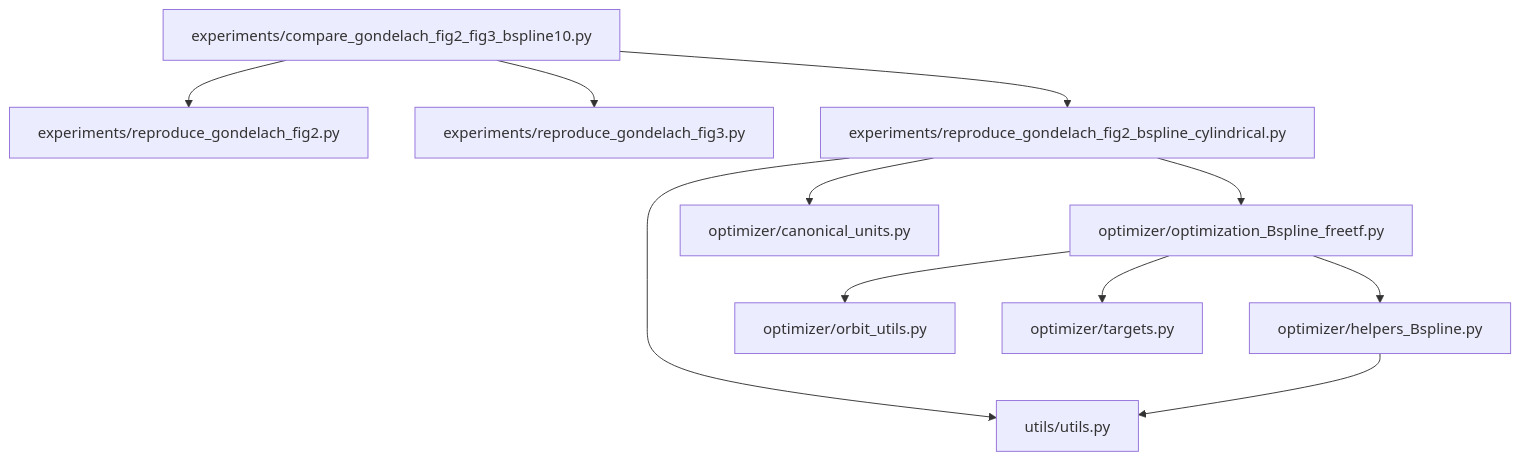
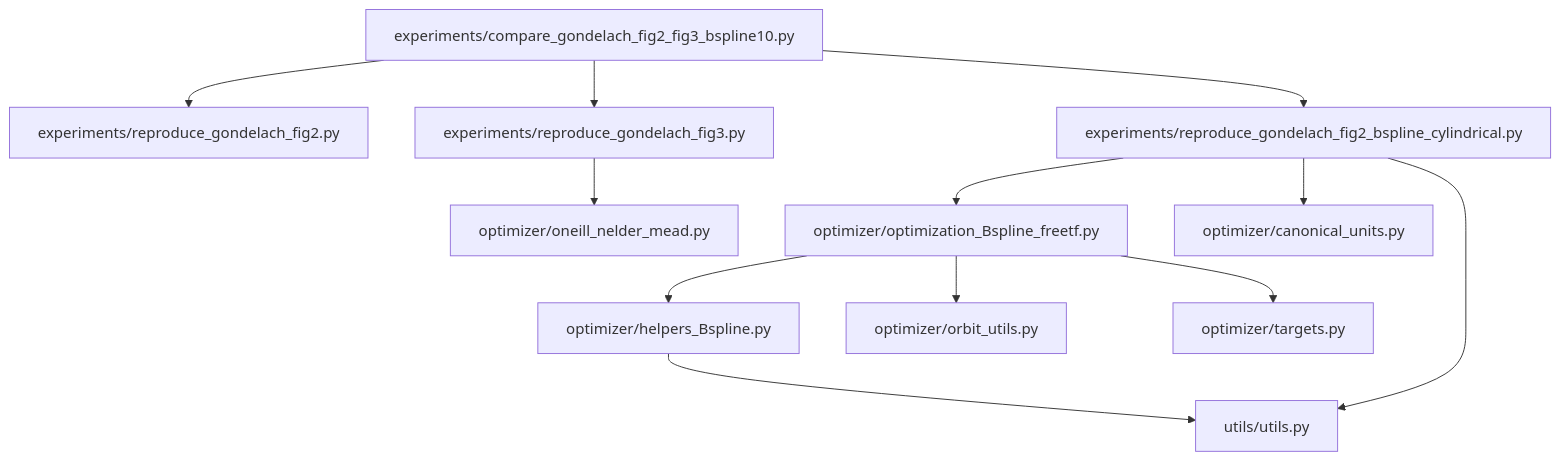
One commit to julsanmer/FASTTRANSFER changed the diagram in ARCHITECTURE.md. Above: the diagram before and after it, drawn with Mermaid. The commit also changed other lines of this file and 13 other files, not shown here.

````diff
--- a/ARCHITECTURE.md
+++ b/ARCHITECTURE.md
@@ -9,24 +11,26 @@
 ```mermaid
 flowchart TD
     compare["experiments/compare_gondelach_fig2_fig3_bspline10.py"]
     fig2["experiments/reproduce_gondelach_fig2.py"]
     fig3["experiments/reproduce_gondelach_fig3.py"]
     cyl["experiments/reproduce_gondelach_fig2_bspline_cylindrical.py"]
     bspline["optimizer/optimization_Bspline_freetf.py"]
     helpers["optimizer/helpers_Bspline.py"]
+    oneill["optimizer/oneill_nelder_mead.py"]
     units["optimizer/canonical_units.py"]
     orbit["optimizer/orbit_utils.py"]
     utils["utils/utils.py"]
     targets["optimizer/targets.py"]
 
     compare --> fig2
     compare --> fig3
     compare --> cyl
+    fig3 --> oneill
     cyl --> bspline
     cyl --> units
     cyl --> utils
     bspline --> helpers
     bspline --> orbit
     bspline --> targets
     helpers --> utils
 ```
````
